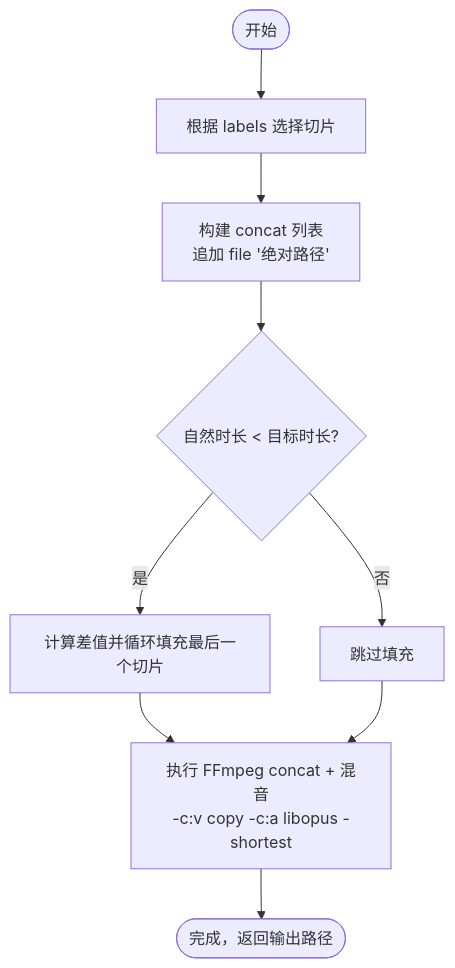
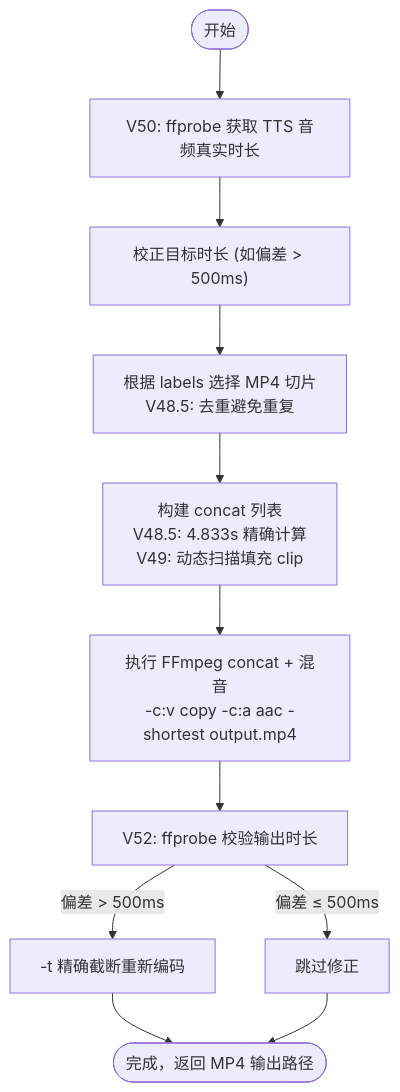
The fourth of 6 diagrams in .qoder/repowiki/zh/content/后端服务/多媒体处理流水线/视频片段拼接.md (leo21cn/real-time-talk), drawn with Mermaid before and after one commit. The commit also changed other lines of this file and 9 other files, not shown here.

````diff
--- a/.qoder/repowiki/zh/content/后端服务/多媒体处理流水线/视频片段拼接.md
+++ b/.qoder/repowiki/zh/content/后端服务/多媒体处理流水线/视频片段拼接.md
@@ -199,11 +222,13 @@
 ```mermaid
 flowchart TD
-Start(["开始"]) --> SelectClips["根据 labels 选择切片"]
-SelectClips --> BuildList["构建 concat 列表<br/>追加 file '绝对路径'"]
-BuildList --> CalcDuration{"自然时长 < 目标时长?"}
-CalcDuration --> |是| LoopFill["计算差值并循环填充最后一个切片"]
-CalcDuration --> |否| SkipFill["跳过填充"]
-LoopFill --> RunFFmpeg["执行 FFmpeg concat + 混音<br/>-c:v copy -c:a libopus -shortest"]
-SkipFill --> RunFFmpeg
-RunFFmpeg --> End(["完成，返回输出路径"])
+Start(["开始"]) --> GetRealDuration["V50: ffprobe 获取 TTS 音频真实时长"]
+GetRealDuration --> CorrectTarget["校正目标时长 (如偏差 > 500ms)"]
+CorrectTarget --> SelectClips["根据 labels 选择 MP4 切片<br/>V48.5: 去重避免重复"]
+SelectClips --> BuildList["构建 concat 列表<br/>V48.5: 4.833s 精确计算<br/>V49: 动态扫描填充 clip"]
+BuildList --> RunFFmpeg["执行 FFmpeg concat + 混音<br/>-c:v copy -c:a aac -shortest output.mp4"]
+RunFFmpeg --> ValidateOutput["V52: ffprobe 校验输出时长"]
+ValidateOutput --> |偏差 > 500ms| FixDuration["-t 精确截断重新编码"]
+ValidateOutput --> |偏差 ≤ 500ms| SkipFix["跳过修正"]
+FixDuration --> End(["完成，返回 MP4 输出路径"])
+SkipFix --> End
 ```
````
